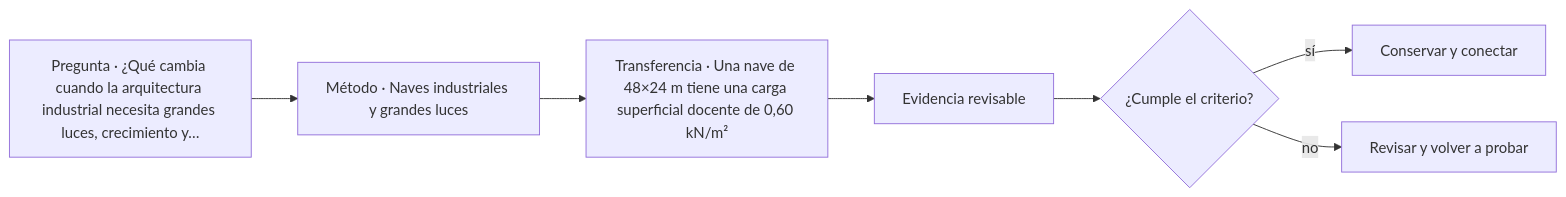
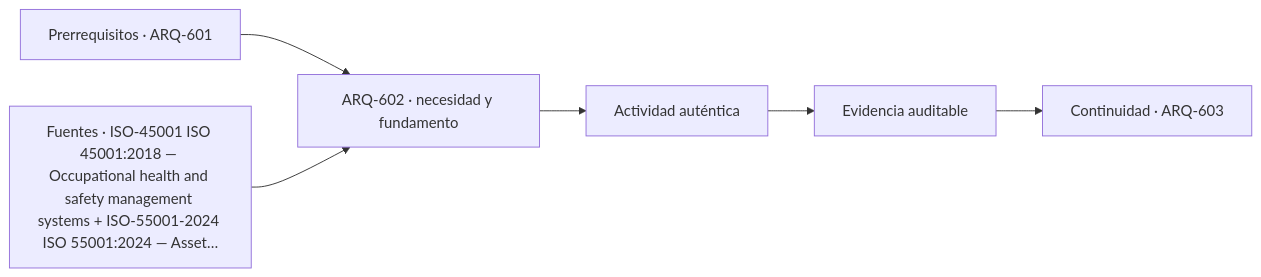
One commit to vladimiracunadev-create/architecture-built-environment-learning-program changed the diagram in classes/parte-61/ARQ-602.md. Above: the diagram before and after it, drawn with Mermaid. The commit also changed other lines of this file and 761 other files, not shown here.

````diff
--- a/classes/parte-61/ARQ-602.md
+++ b/classes/parte-61/ARQ-602.md
@@ -111,9 +123,8 @@
 ```mermaid
 flowchart LR
-    Q["Pregunta · ¿Qué cambia cuando la arquitectura industrial necesita grandes luces, crecimiento y…"] --> M["Método · Naves industriales y grandes luces"]
-    M --> P["Transferencia · Una nave de 48×24 m tiene una carga superficial docente de 0,60 kN/m²"]
-    P --> E["Evidencia revisable"]
-    E --> C{"¿Cumple el criterio?"}
-    C -->|sí| T["Conservar y conectar"]
-    C -->|no| R["Revisar y volver a probar"]
+    A["Prerrequisitos · ARQ-601"] --> B["ARQ-602 · necesidad y fundamento"]
+    S["Fuentes · ISO-45001 ISO 45001:2018 — Occupational health and safety management systems + ISO-55001-2024 ISO 55001:2024 — Asset…"] --> B
+    B --> C["Actividad auténtica"]
+    C --> D["Evidencia auditable"]
+    D --> E["Continuidad · ARQ-603"]
 ```
````
